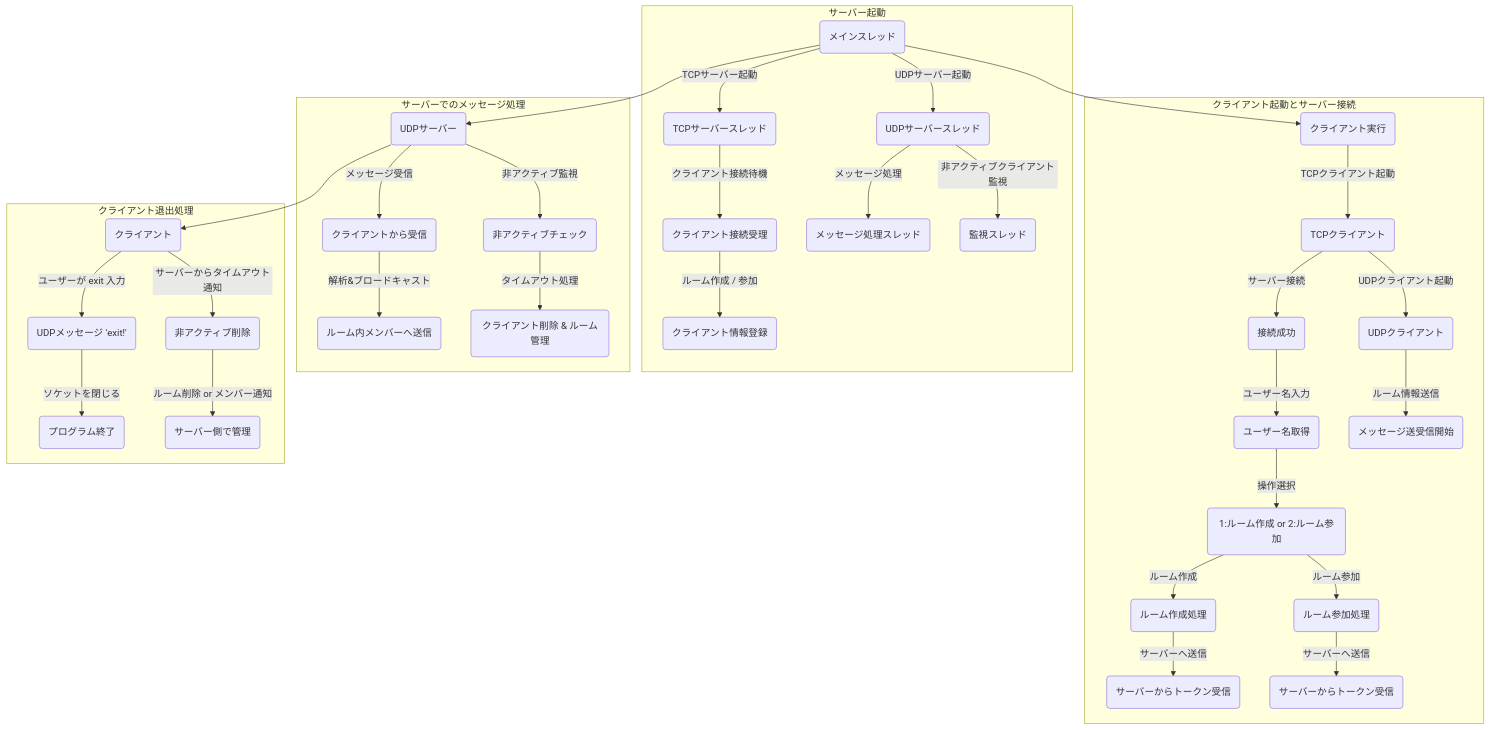
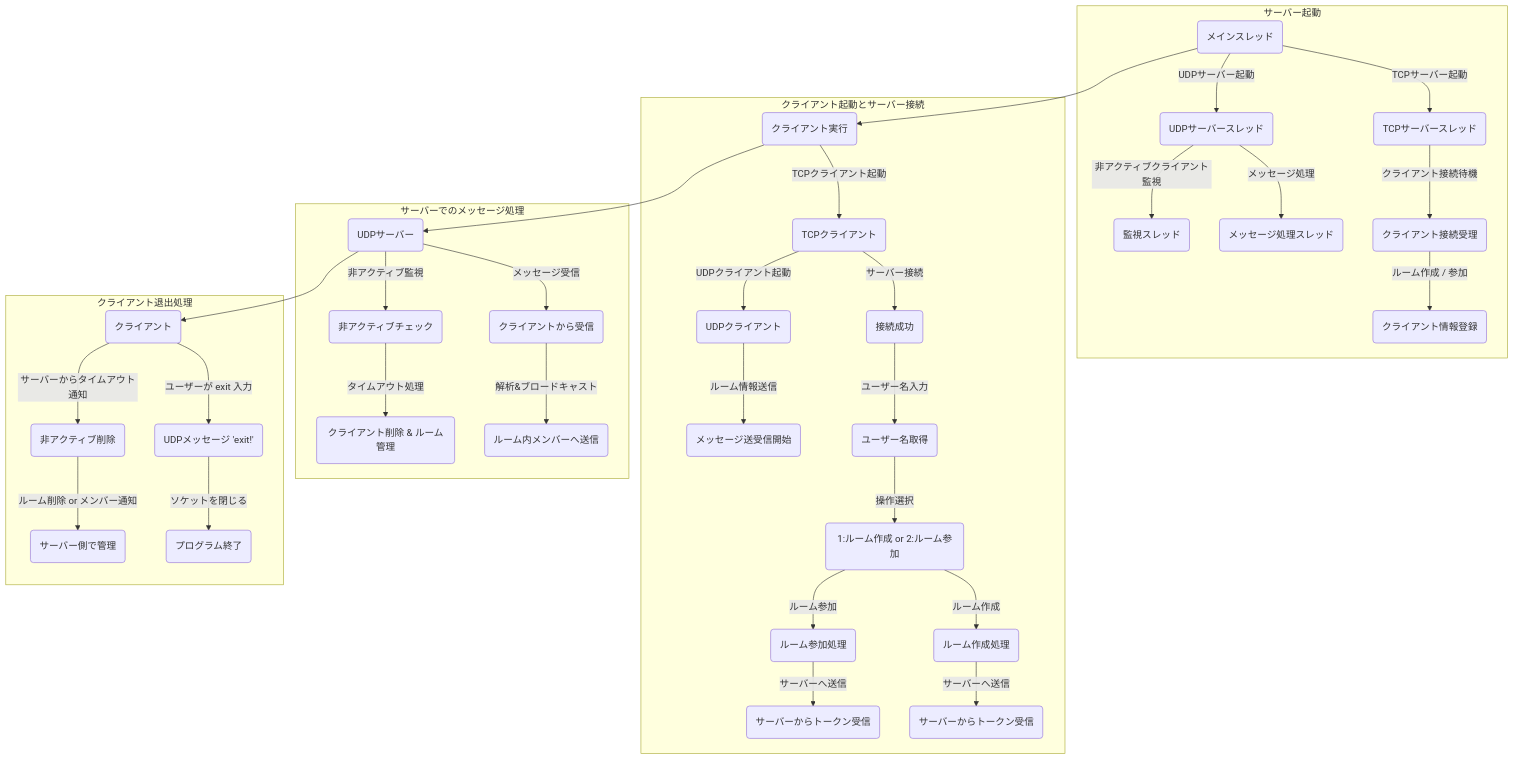
Before and after one commit to BackendExplorer/Multi-User-Chat-App: the third of 3 diagrams in README.md, drawn with Mermaid.

````diff
--- a/README.md
+++ b/README.md
@@ -231,53 +231,57 @@
 ```mermaid
 graph TD;
     classDef main fill:#f8f9fa,stroke:#6c757d,stroke-width:2px;
     classDef process fill:#ffffff,stroke:#007bff,stroke-width:2px;
     classDef sub_process fill:#e9ecef,stroke:#17a2b8,stroke-width:2px;
     classDef warning fill:#fff3cd,stroke:#ffc107,stroke-width:2px;
     classDef danger fill:#f8d7da,stroke:#dc3545,stroke-width:2px;
 
+    %% --- サーバー起動 ---
     subgraph サーバー起動
         class A1,A2,A3,A4,A5,A6,A7 main;
         A1(メインスレッド) -->|TCPサーバー起動| A2(TCPサーバースレッド)
         A1 -->|UDPサーバー起動| A3(UDPサーバースレッド)
         A2 -->|クライアント接続待機| A4(クライアント接続受理)
         A4 -->|ルーム作成 / 参加| A5(クライアント情報登録)
         A3 -->|メッセージ処理| A6(メッセージ処理スレッド)
         A3 -->|非アクティブクライアント監視| A7(監視スレッド)
     end
 
+    %% --- クライアント起動とサーバー接続 ---
     subgraph クライアント起動とサーバー接続
         class B1,B2,B3,B4,B5,B6,B7,B8,B9,B10,B11 process;
         B1(クライアント実行) -->|TCPクライアント起動| B2(TCPクライアント)
         B2 -->|サーバー接続| B3(接続成功)
         B3 -->|ユーザー名入力| B4(ユーザー名取得)
         B4 -->|操作選択| B5(1:ルーム作成 or 2:ルーム参加)
         B5 -->|ルーム作成| B6(ルーム作成処理)
         B6 -->|サーバーへ送信| B7(サーバーからトークン受信)
         B5 -->|ルーム参加| B8(ルーム参加処理)
         B8 -->|サーバーへ送信| B9(サーバーからトークン受信)
         B2 -->|UDPクライアント起動| B10(UDPクライアント)
         B10 -->|ルーム情報送信| B11(メッセージ送受信開始)
     end
 
+    %% --- サーバーでのメッセージ処理 ---
     subgraph サーバーでのメッセージ処理
         class C1,C2,C3,C4,C5 sub_process;
         C1(UDPサーバー) -->|メッセージ受信| C2(クライアントから受信)
         C2 -->|解析&ブロードキャスト| C3(ルーム内メンバーへ送信)
         C1 -->|非アクティブ監視| C4(非アクティブチェック)
         C4 -->|タイムアウト処理| C5(クライアント削除 & ルーム管理)
     end
 
+    %% --- クライアント退出処理 ---
     subgraph クライアント退出処理
         class D1,D2,D3,D4,D5 warning;
         D1(クライアント) -->|ユーザーが exit 入力| D2(UDPメッセージ 'exit!')
         D2 -->|ソケットを閉じる| D3(プログラム終了)
         D1 -->|サーバーからタイムアウト通知| D4(非アクティブ削除)
         D4 -->|ルーム削除 or メンバー通知| D5(サーバー側で管理)
     end
 
-    %% 縦方向に並べる
+    %% --- フローチャートのレイアウト改善 ---
     A1 --> B1
-    A1 --> C1
+    B1 --> C1
     C1 --> D1
 ```
````
